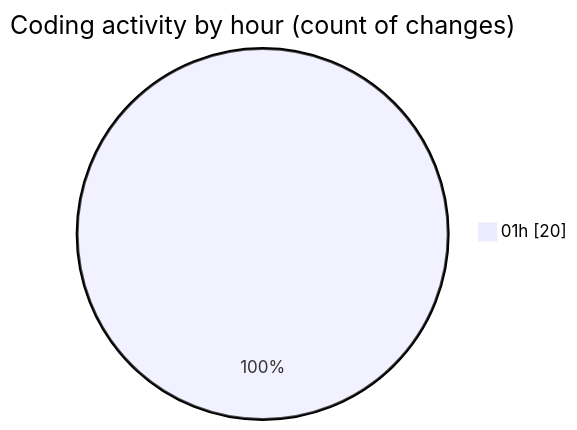
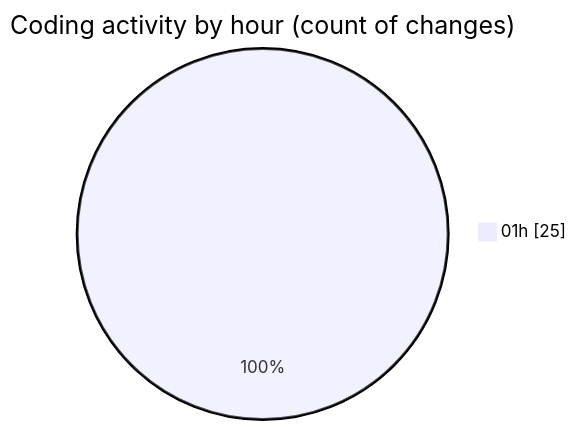
The second of 2 diagrams in 2025-01-02/ai/README.md (ernivani/code-tracking), drawn with Mermaid before and after one commit. The commit also changed other lines of this file and 1 other file, not shown here.

````diff
--- a/2025-01-02/ai/README.md
+++ b/2025-01-02/ai/README.md
@@ -29,5 +29,5 @@
 ```mermaid
 pie showData
 title Coding activity by hour (count of changes)
-"01h" : 20
+"01h" : 25
 ```
````
